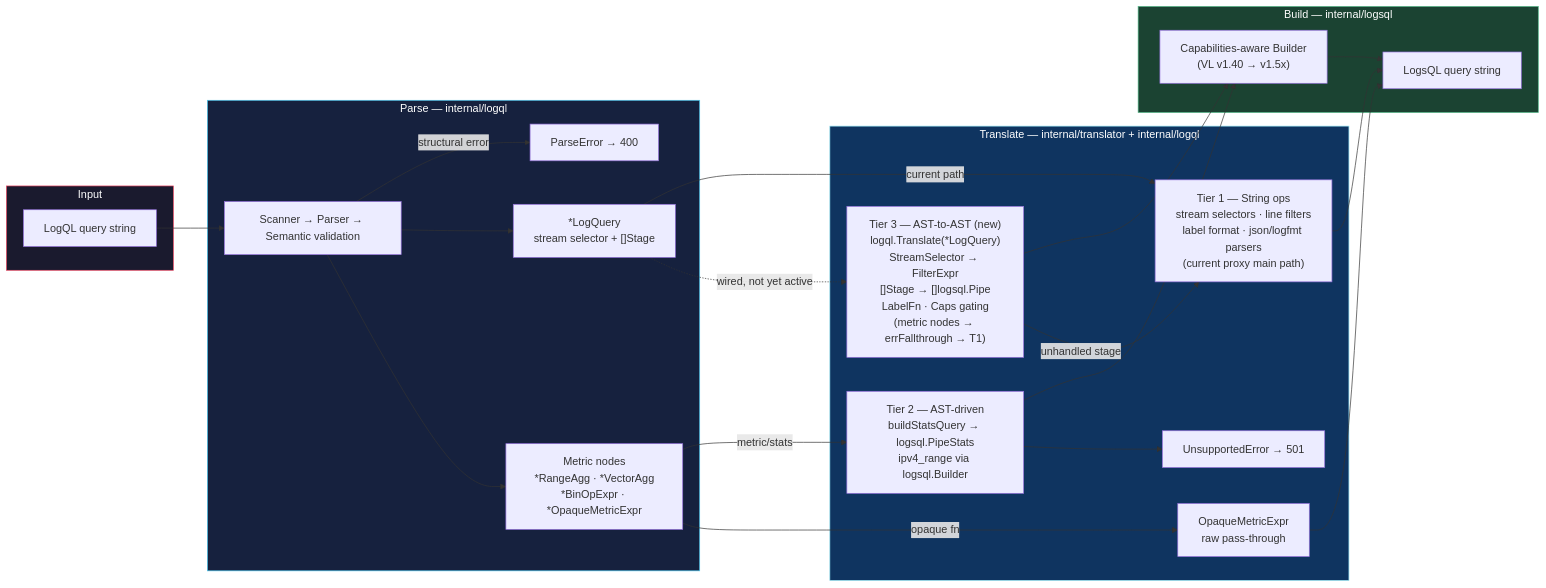
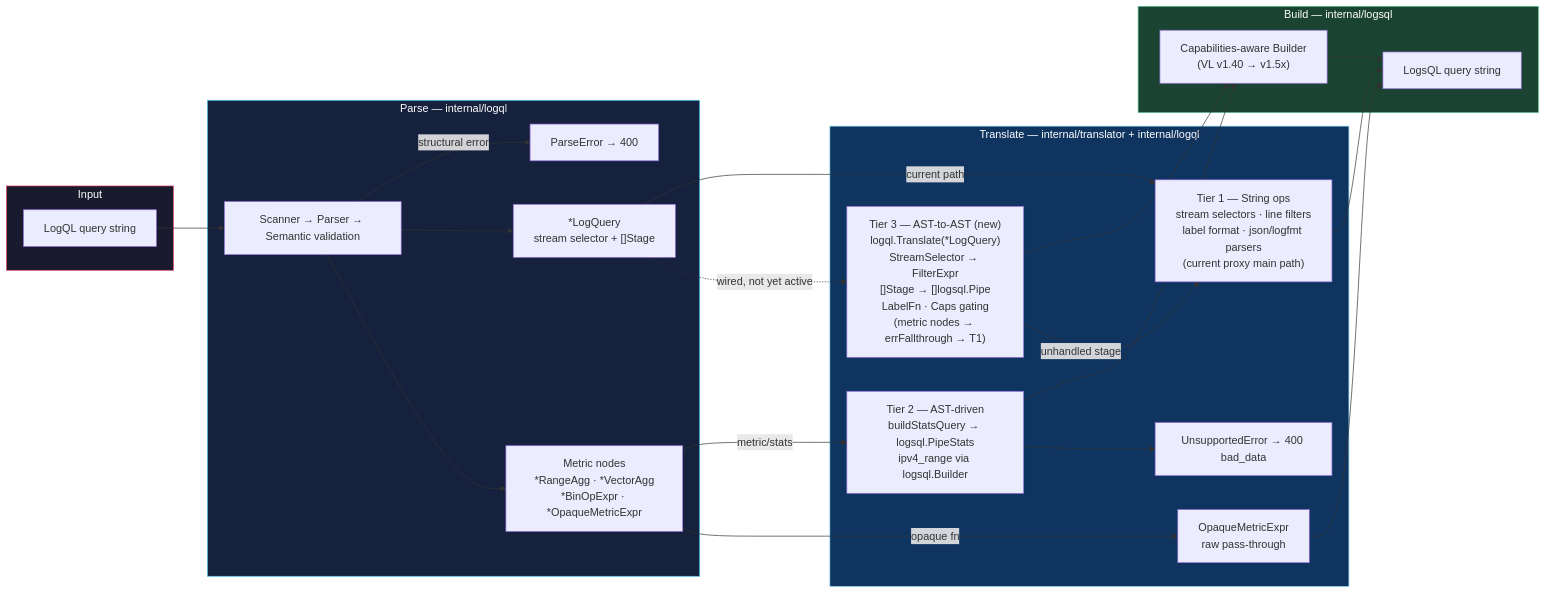
One commit to ReliablyObserve/loki-vl-proxy changed the seventh of 7 diagrams in docs/architecture.md. Above: the diagram before and after it, drawn with Mermaid. The commit also changed other lines of this file and 50 other files, not shown here.

````diff
--- a/docs/architecture.md
+++ b/docs/architecture.md
@@ -385,49 +393,49 @@
 ```mermaid
 flowchart LR
     subgraph Input["Input"]
         LQ["LogQL query string"]
     end
 
     subgraph Parse["Parse — internal/logql"]
         PARSE["Scanner → Parser → Semantic validation"]
         PERR["ParseError → 400"]
         AST_LOG["*LogQuery\nstream selector + []Stage"]
         AST_MET["Metric nodes\n*RangeAgg · *VectorAgg\n*BinOpExpr · *OpaqueMetricExpr"]
     end
 
     subgraph Translate["Translate — internal/translator + internal/logql"]
         T1["Tier 1 — String ops\nstream selectors · line filters\nlabel format · json/logfmt parsers\n(current proxy main path)"]
         T2["Tier 2 — AST-driven\nbuildStatsQuery → logsql.PipeStats\nipv4_range via logsql.Builder"]
         T3["Tier 3 — AST-to-AST (new)\nlogql.Translate(*LogQuery)\nStreamSelector → FilterExpr\n[]Stage → []logsql.Pipe\nLabelFn · Caps gating\n(metric nodes → errFallthrough → T1)"]
-        UNSUP["UnsupportedError → 501"]
+        UNSUP["UnsupportedError → 400 bad_data"]
         RAW["OpaqueMetricExpr\nraw pass-through"]
     end
 
     subgraph Build["Build — internal/logsql"]
         BUILDER["Capabilities-aware Builder\n(VL v1.40 → v1.5x)"]
         LOGSQL["LogsQL query string"]
     end
 
     LQ --> PARSE
     PARSE -->|"structural error"| PERR
     PARSE --> AST_LOG
     PARSE --> AST_MET
 
     AST_LOG -->|"current path"| T1
     AST_LOG -.->|"wired, not yet active"| T3
     AST_MET -->|"metric/stats"| T2
     AST_MET -->|"opaque fn"| RAW
 
     T1 --> LOGSQL
     T2 --> BUILDER --> LOGSQL
     T2 --> UNSUP
     T3 --> BUILDER
     T3 -->|"unhandled stage"| T1
 
     RAW --> LOGSQL
 
     style Input fill:#1a1a2e,stroke:#e94560,color:#fff
     style Parse fill:#16213e,stroke:#4cc9f0,color:#fff
     style Translate fill:#0f3460,stroke:#90e0ef,color:#fff
     style Build fill:#1b4332,stroke:#52b788,color:#fff
 ```
````
